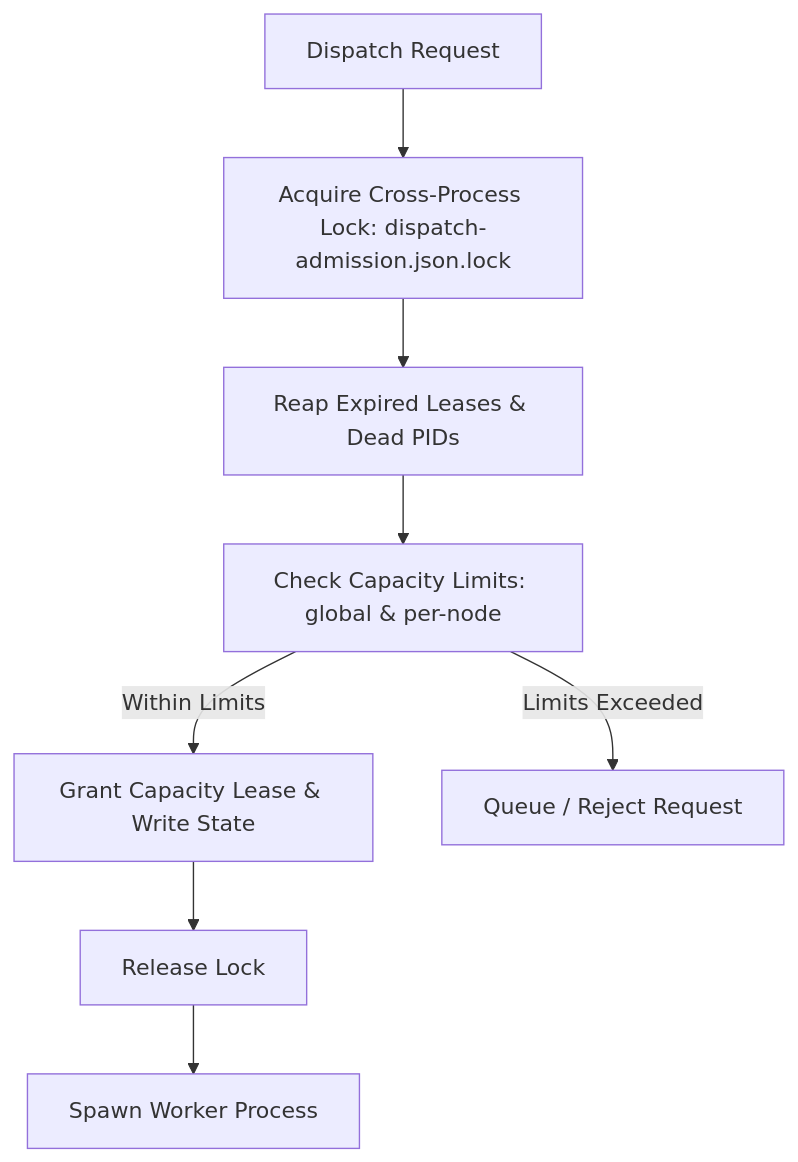
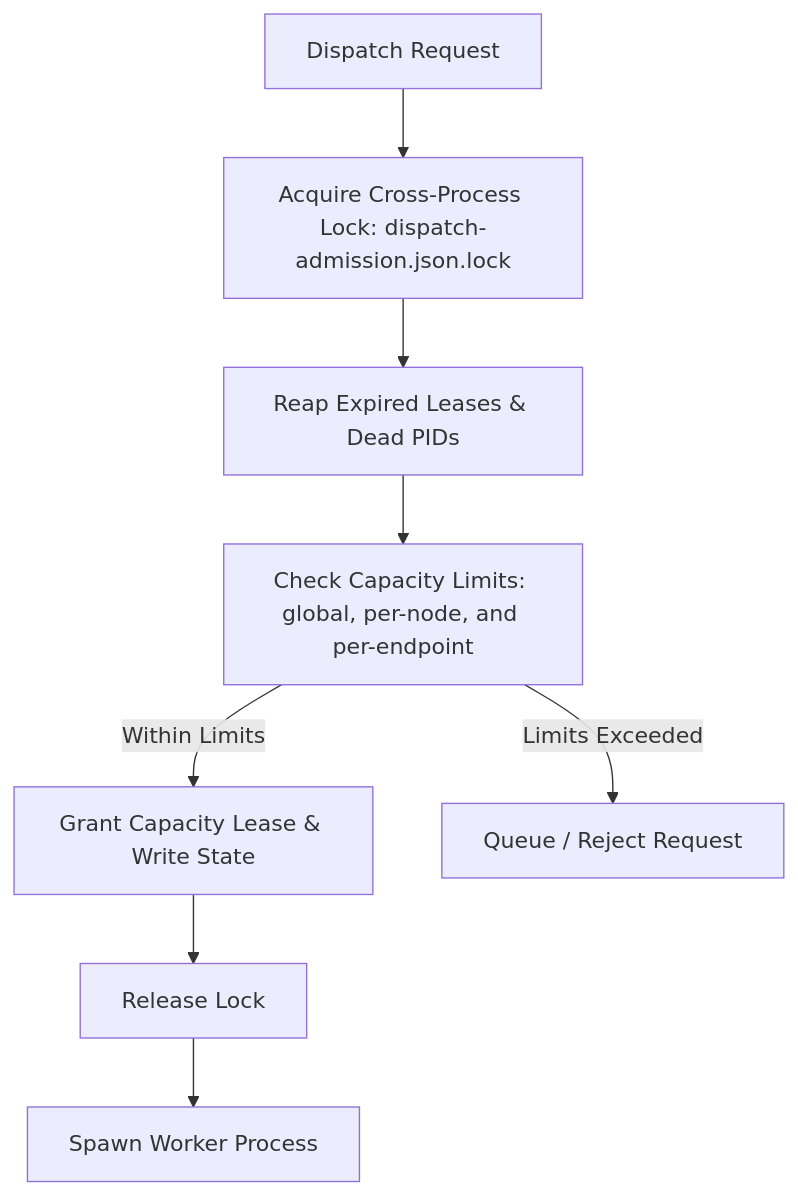
One commit to iowarp/clio-coder changed the diagram in docs/capacity-and-scheduling.md. Above: the diagram before and after it, drawn with Mermaid. The commit also changed other lines of this file and 43 other files, not shown here.

````diff
--- a/docs/capacity-and-scheduling.md
+++ b/docs/capacity-and-scheduling.md
@@ -13,10 +13,10 @@
 ```mermaid
 graph TD
     req[Dispatch Request] --> lock[Acquire Cross-Process Lock: dispatch-admission.json.lock]
     lock --> reap[Reap Expired Leases & Dead PIDs]
-    reap --> check[Check Capacity Limits: global & per-node]
+    reap --> check[Check Capacity Limits: global, per-node, and per-endpoint]
     check -->|Within Limits| grant[Grant Capacity Lease & Write State]
     check -->|Limits Exceeded| queue[Queue / Reject Request]
     grant --> unlock[Release Lock]
     unlock --> spawn[Spawn Worker Process]
 ```
````
